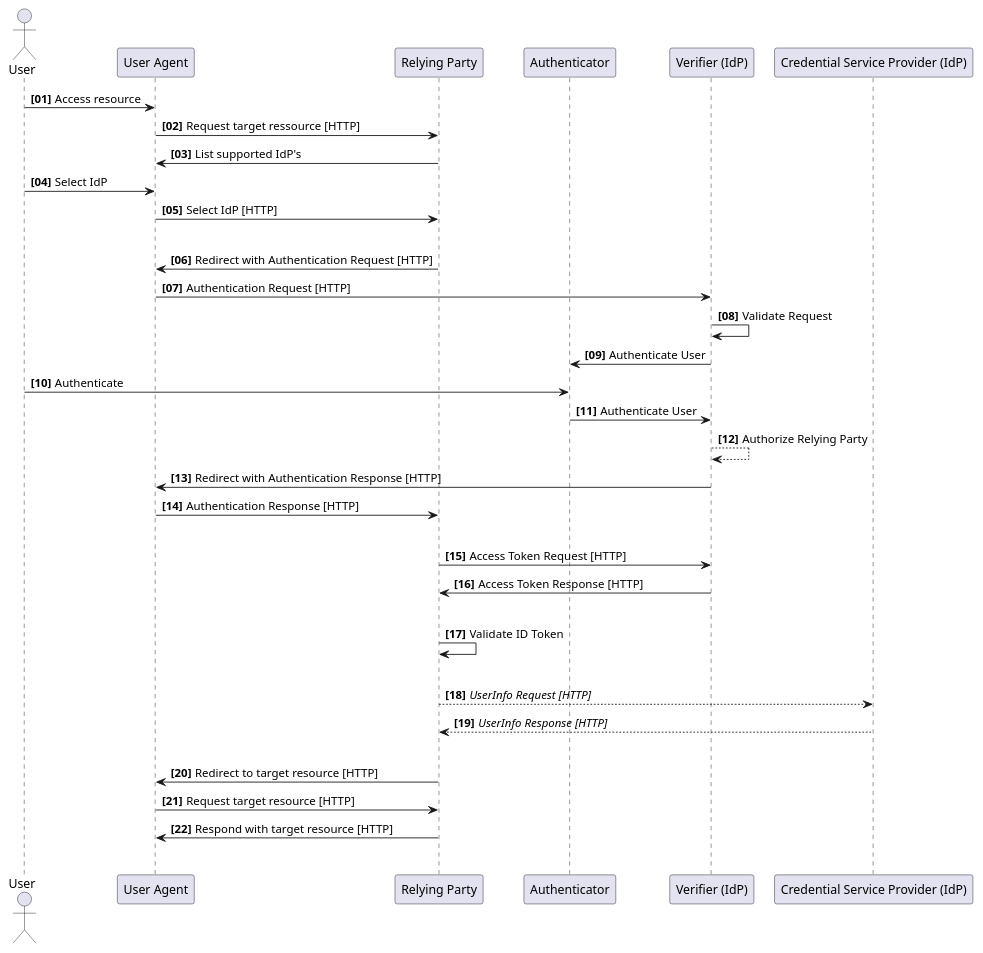
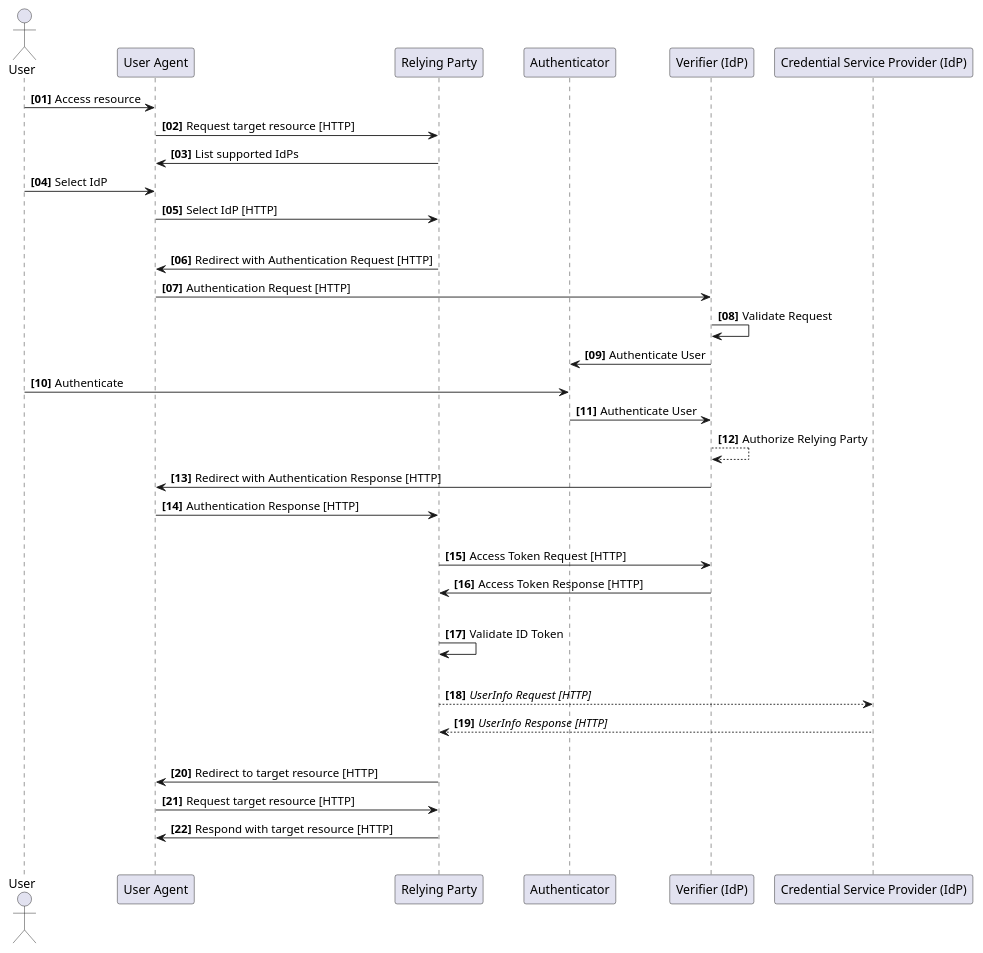
The diagram in input/images-source/OpenID-Auth-code-flow.plantuml (ehealthsuisse/ch-health-dossier), drawn with PlantUML before and after one commit. The commit also changed 45 other files, not shown here.

```diff
--- a/input/images-source/OpenID-Auth-code-flow.plantuml
+++ b/input/images-source/OpenID-Auth-code-flow.plantuml
@@ -1,55 +1,55 @@
 @startuml
 skinparam responseMessageBelowArrow true
 
 actor User
 participant "User Agent" as UserAgent
 participant "Relying Party" as RP
 participant "Authenticator" as IDM
 participant "Verifier (IdP)" as IdP
 participant "Credential Service Provider (IdP)" as CSP
 
 autonumber 1 1 "<b>[00]"
 
 User -> UserAgent: Access resource
-UserAgent -> RP: Request target ressource [HTTP]
+UserAgent -> RP: Request target resource [HTTP]
 
-RP -> UserAgent: List supported IdP's
+RP -> UserAgent: List supported IdPs
 User -> UserAgent: Select IdP
 UserAgent -> RP: Select IdP [HTTP]
 
 |||
 RP -> UserAgent: Redirect with Authentication Request [HTTP]
 
 UserAgent -> IdP: Authentication Request [HTTP]
 
 IdP -> IdP: Validate Request
 
 IdP -> IDM: Authenticate User
 User -> IDM: Authenticate
 IDM -> IdP: Authenticate User
 
 IdP --> IdP: Authorize Relying Party
 
 IdP -> UserAgent: Redirect with Authentication Response [HTTP]
 UserAgent -> RP: Authentication Response [HTTP]
 
 |||
 RP -> IdP: Access Token Request [HTTP]
 IdP -> RP: Access Token Response [HTTP]
 |||
 
 RP -> RP: Validate ID Token
 
 |||
 RP --> CSP: <i>UserInfo Request [HTTP]</i>
 CSP --> RP: <i>UserInfo Response [HTTP]</i>
 |||
 
 RP -> UserAgent: Redirect to target resource [HTTP]
 UserAgent -> RP: Request target resource [HTTP]
 
 RP -> UserAgent: Respond with target resource [HTTP]
 |||
 autonumber stop
 
 @enduml
```
